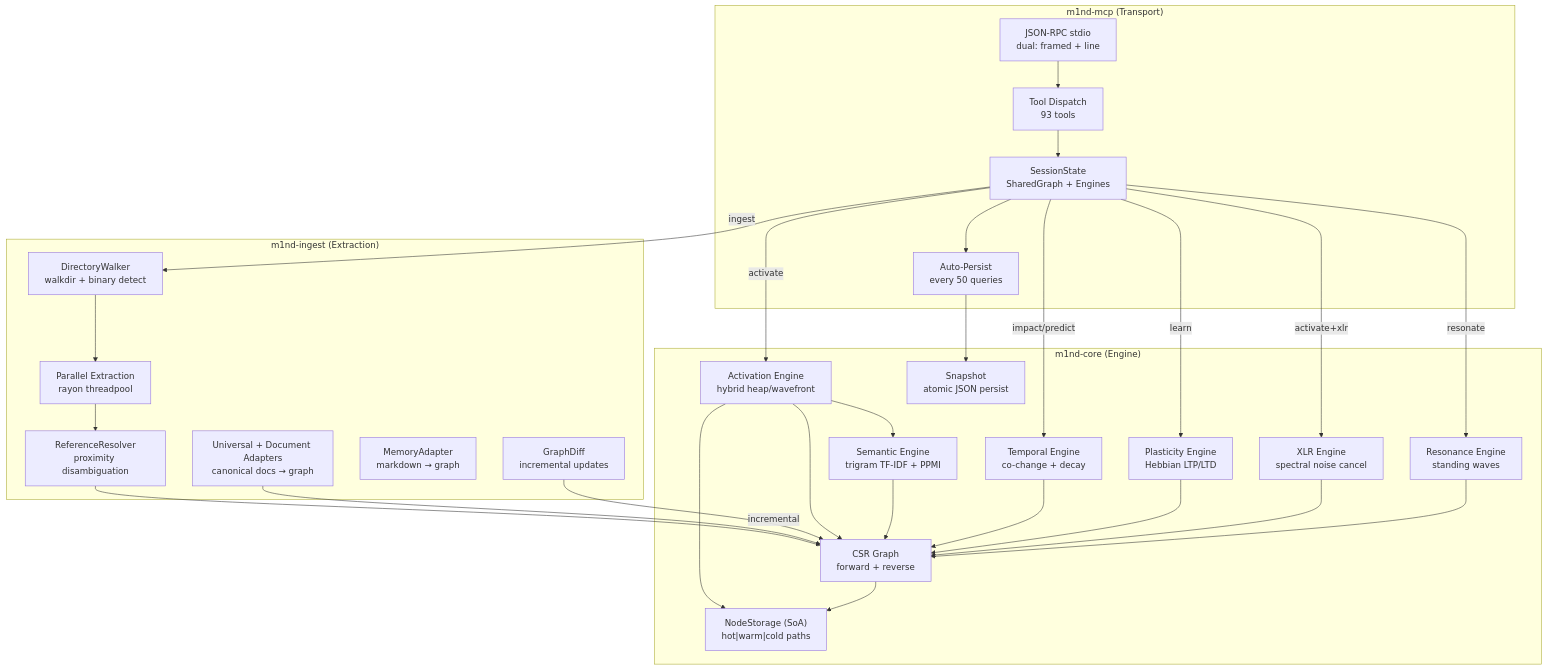
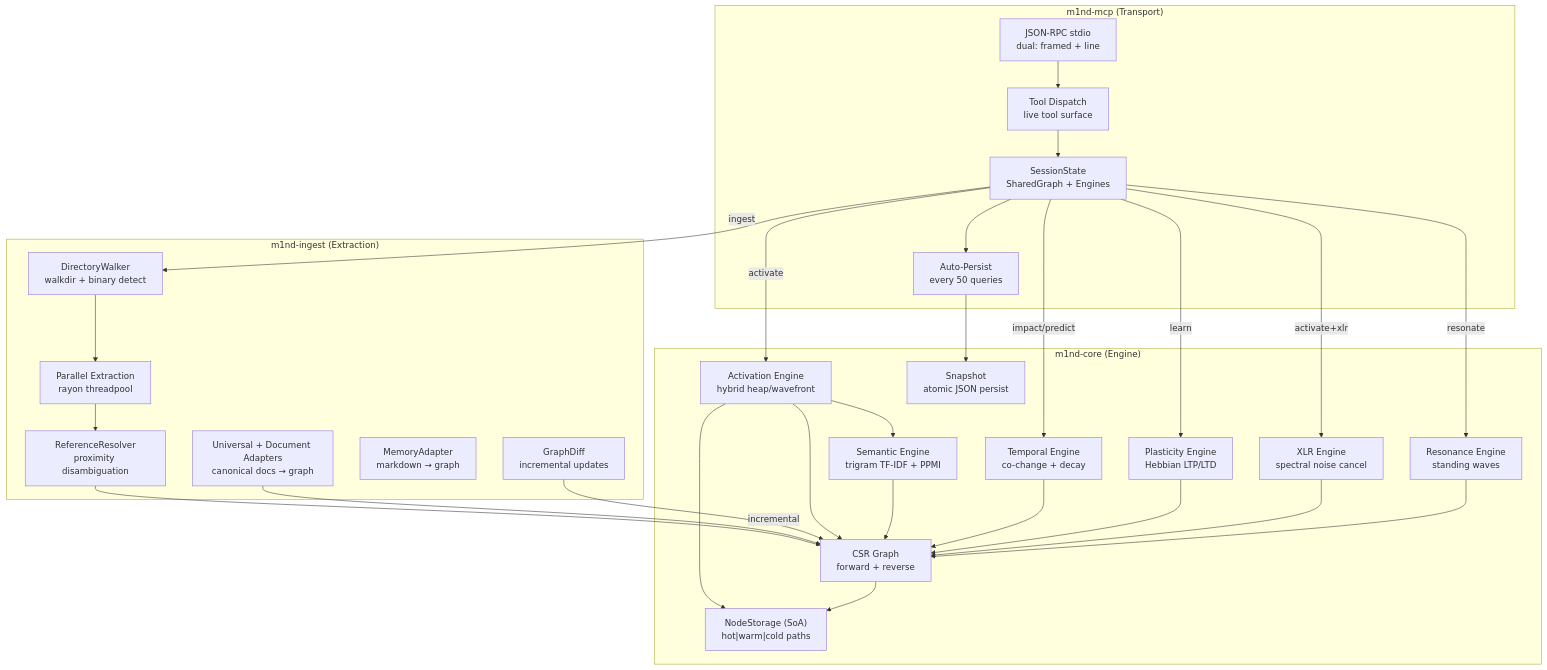
The diagram in docs/wiki/src/architecture/overview.md (maxkle1nz/m1nd), drawn with Mermaid before and after one commit. The commit also changed other lines of this file and 13 other files, not shown here.

Commit message:
docs(mcp): align Codex setup and live tool surface

````diff
--- a/docs/wiki/src/architecture/overview.md
+++ b/docs/wiki/src/architecture/overview.md
@@ -44,58 +44,58 @@
 ```mermaid
 graph TD
     subgraph "m1nd-mcp (Transport)"
         STDIO["JSON-RPC stdio<br/>dual: framed + line"]
-        DISPATCH["Tool Dispatch<br/>93 tools"]
+        DISPATCH["Tool Dispatch<br/>live tool surface"]
         SESSION["SessionState<br/>SharedGraph + Engines"]
         PERSIST["Auto-Persist<br/>every 50 queries"]
     end
 
     subgraph "m1nd-ingest (Extraction)"
         WALK["DirectoryWalker<br/>walkdir + binary detect"]
         EXTRACT["Parallel Extraction<br/>rayon threadpool"]
         RESOLVE["ReferenceResolver<br/>proximity disambiguation"]
         DIFF["GraphDiff<br/>incremental updates"]
         MEMORY["MemoryAdapter<br/>markdown → graph"]
         UNIVERSAL["Universal + Document Adapters<br/>canonical docs → graph"]
     end
 
     subgraph "m1nd-core (Engine)"
         GRAPH["CSR Graph<br/>forward + reverse"]
         NODES["NodeStorage (SoA)<br/>hot|warm|cold paths"]
         ACT["Activation Engine<br/>hybrid heap/wavefront"]
         SEM["Semantic Engine<br/>trigram TF-IDF + PPMI"]
         TEMP["Temporal Engine<br/>co-change + decay"]
         PLAST["Plasticity Engine<br/>Hebbian LTP/LTD"]
         XLR["XLR Engine<br/>spectral noise cancel"]
         RES["Resonance Engine<br/>standing waves"]
         SNAP["Snapshot<br/>atomic JSON persist"]
     end
 
     STDIO --> DISPATCH
     DISPATCH --> SESSION
     SESSION --> PERSIST
     PERSIST --> SNAP
 
     SESSION -->|ingest| WALK
     WALK --> EXTRACT
     EXTRACT --> RESOLVE
     RESOLVE --> GRAPH
     UNIVERSAL --> GRAPH
     DIFF -->|incremental| GRAPH
 
     SESSION -->|activate| ACT
     SESSION -->|impact/predict| TEMP
     SESSION -->|learn| PLAST
     SESSION -->|activate+xlr| XLR
     SESSION -->|resonate| RES
 
     ACT --> GRAPH
     ACT --> SEM
     ACT --> NODES
     SEM --> GRAPH
     TEMP --> GRAPH
     PLAST --> GRAPH
     XLR --> GRAPH
     RES --> GRAPH
     GRAPH --> NODES
 ```
````
